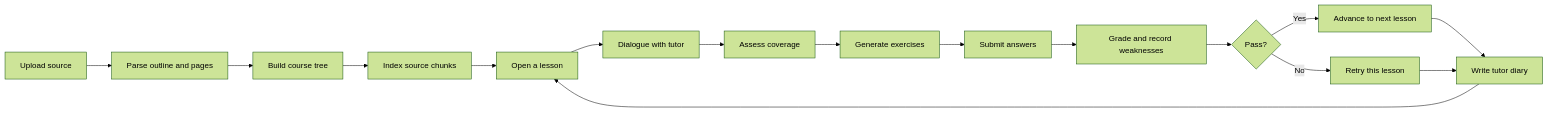
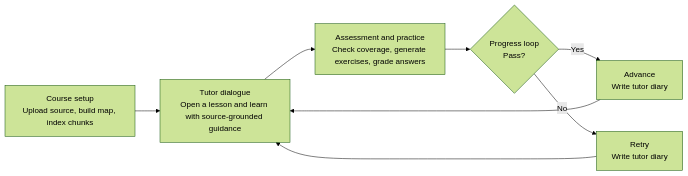
The diagram in README.md (Deriicc/LibreTutor), drawn with Mermaid (forest theme) before and after one commit. The commit also changed 1 other file, not shown here.

Commit message:
docs: simplify README learning flow

````diff
--- a/README.md
+++ b/README.md
@@ -105,18 +105,13 @@
 ```mermaid
 flowchart LR
-    A[Upload source] --> B[Parse outline and pages]
-    B --> C[Build course tree]
-    C --> D[Index source chunks]
-    D --> E[Open a lesson]
-    E --> F[Dialogue with tutor]
-    F --> G[Assess coverage]
-    G --> H[Generate exercises]
-    H --> I[Submit answers]
-    I --> J[Grade and record weaknesses]
-    J --> K{Pass?}
-    K -->|Yes| L[Advance to next lesson]
-    K -->|No| M[Retry this lesson]
-    L --> N[Write tutor diary]
-    M --> N
-    N --> E
+    A["Course setup<br/>Upload source, build map, index chunks"]
+    B["Tutor dialogue<br/>Open a lesson and learn with source-grounded guidance"]
+    C["Assessment and practice<br/>Check coverage, generate exercises, grade answers"]
+    D{"Progress loop<br/>Pass?"}
+
+    A --> B --> C --> D
+    D -->|Yes| E["Advance<br/>Write tutor diary"]
+    D -->|No| F["Retry<br/>Write tutor diary"]
+    E --> B
+    F --> B
 ```
````
